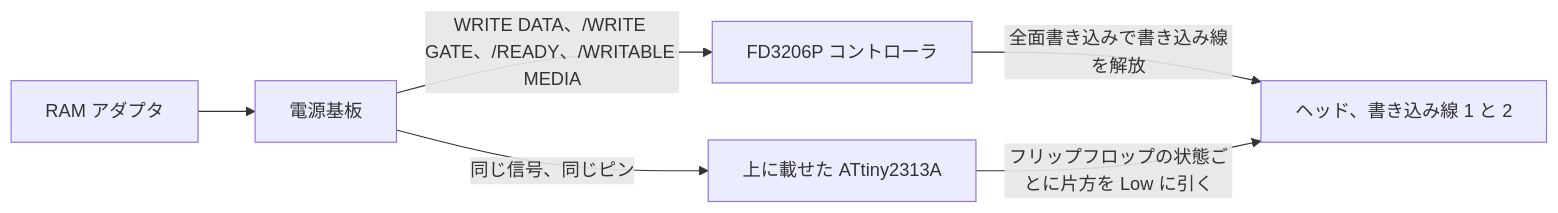
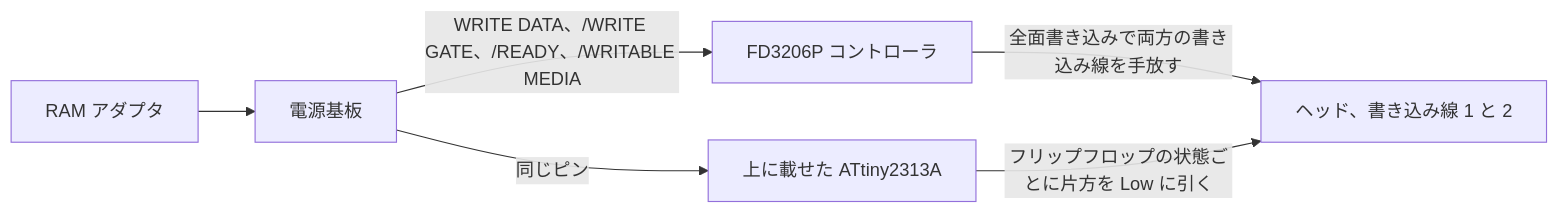
One commit to gufranco/fd3206-write-unlock changed the diagram in README.ja.md. Above: the diagram before and after it, drawn with Mermaid. The commit also changed other lines of this file and 3 other files, not shown here.

````diff
--- a/README.ja.md
+++ b/README.ja.md
@@ -109,8 +107,8 @@
 ```mermaid
 graph LR
     RAM[RAM アダプタ] --> PWR[電源基板]
     PWR -->|WRITE DATA、/WRITE GATE、/READY、/WRITABLE MEDIA| FD[FD3206P コントローラ]
-    PWR -->|同じ信号、同じピン| AT[上に載せた ATtiny2313A]
-    FD -->|全面書き込みで書き込み線を解放| HEAD[ヘッド、書き込み線 1 と 2]
+    PWR -->|同じピン| AT[上に載せた ATtiny2313A]
+    FD -->|全面書き込みで両方の書き込み線を手放す| HEAD[ヘッド、書き込み線 1 と 2]
     AT -->|フリップフロップの状態ごとに片方を Low に引く| HEAD
 ```
````
